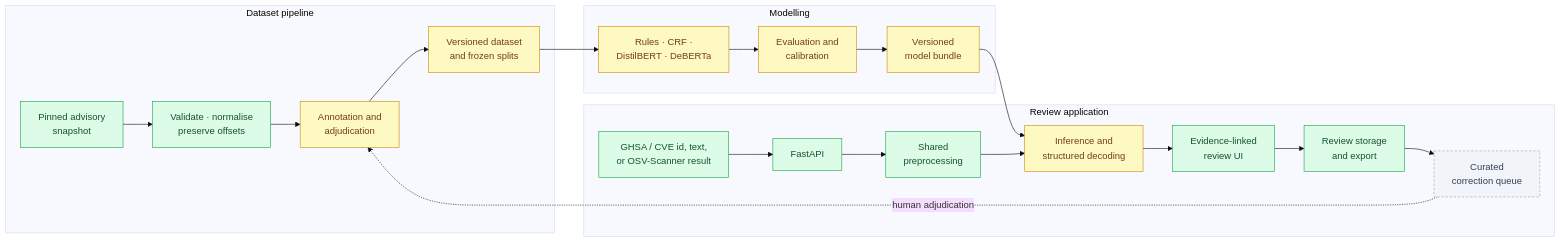
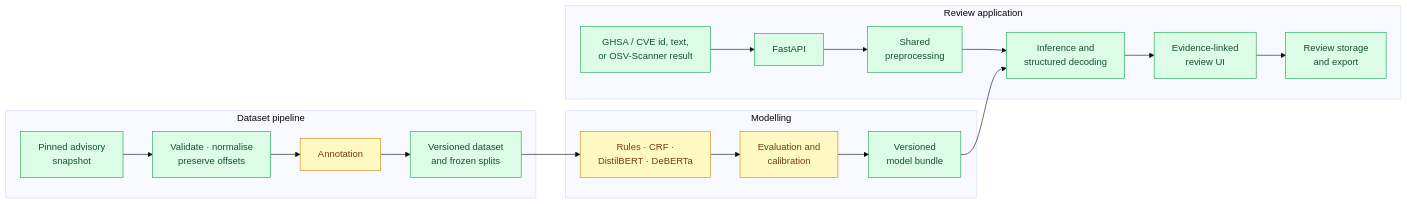
The diagram in README.md (professor3333/TriggerMap), drawn with Mermaid (base theme) before and after one commit. The commit also changed other lines of this file and 5 other files, not shown here.

````diff
--- a/README.md
+++ b/README.md
@@ -32,30 +130,26 @@
 ```mermaid
 flowchart LR
     subgraph Data["Dataset pipeline"]
         A[Pinned advisory<br>snapshot] --> B[Validate · normalise<br>preserve offsets]
-        B --> C[Annotation and<br>adjudication]
+        B --> C[Annotation]
         C --> D[Versioned dataset<br>and frozen splits]
     end
     subgraph Models["Modelling"]
         D --> E[Rules · CRF ·<br>DistilBERT · DeBERTa]
         E --> F[Evaluation and<br>calibration]
         F --> G[Versioned<br>model bundle]
     end
     subgraph Serving["Review application"]
         H[GHSA / CVE id, text,<br>or OSV-Scanner result] --> I[FastAPI]
         I --> J[Shared<br>preprocessing]
         J --> K[Inference and<br>structured decoding]
         G --> K
         K --> L[Evidence-linked<br>review UI]
         L --> M[Review storage<br>and export]
-        M --> N[Curated<br>correction queue]
     end
-    N -. human adjudication .-> C
 
     classDef done fill:#dcfce7,stroke:#16a34a,color:#14532d
-    classDef progress fill:#fef9c3,stroke:#ca8a04,color:#713f12
-    classDef planned fill:#f1f5f9,stroke:#94a3b8,color:#334155,stroke-dasharray:4 3
-    class A,B,H,I,J,L,M done
-    class C,D,E,F,G,K progress
-    class N planned
+    classDef limited fill:#fef9c3,stroke:#ca8a04,color:#713f12
+    class A,B,D,G,H,I,J,K,L,M done
+    class C,E,F limited
 ```
````
